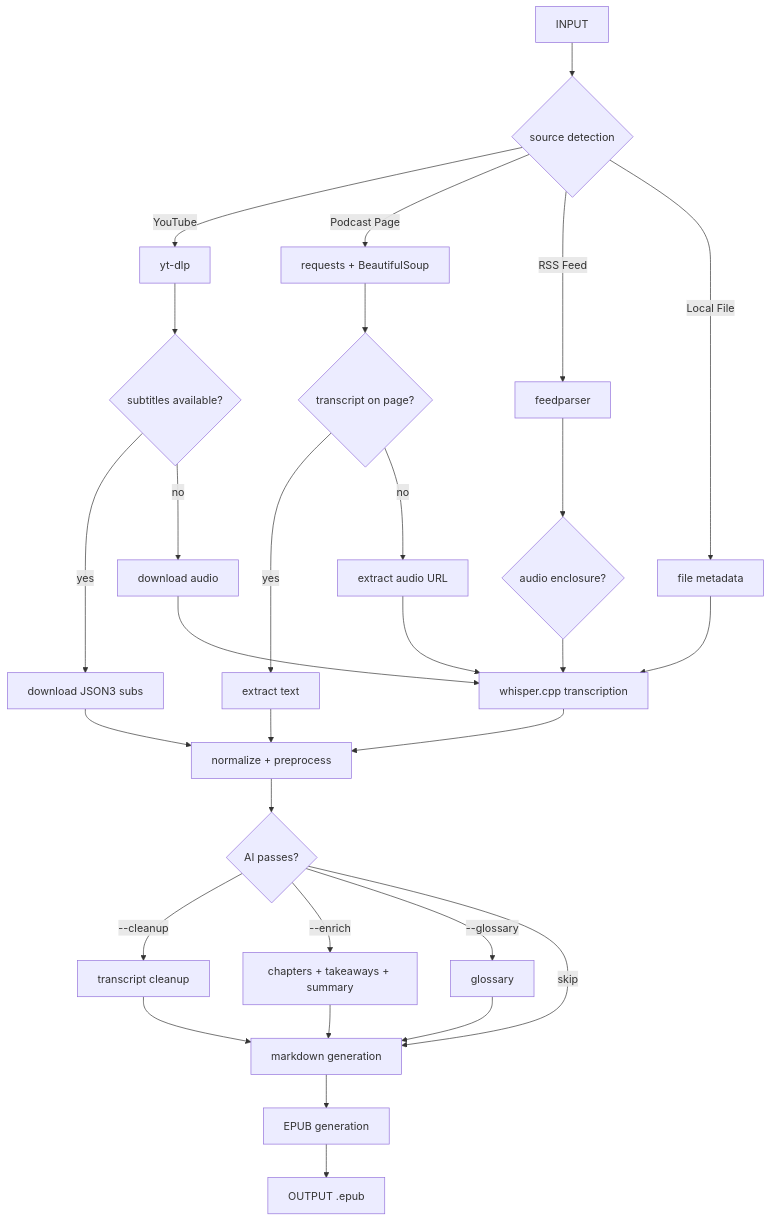
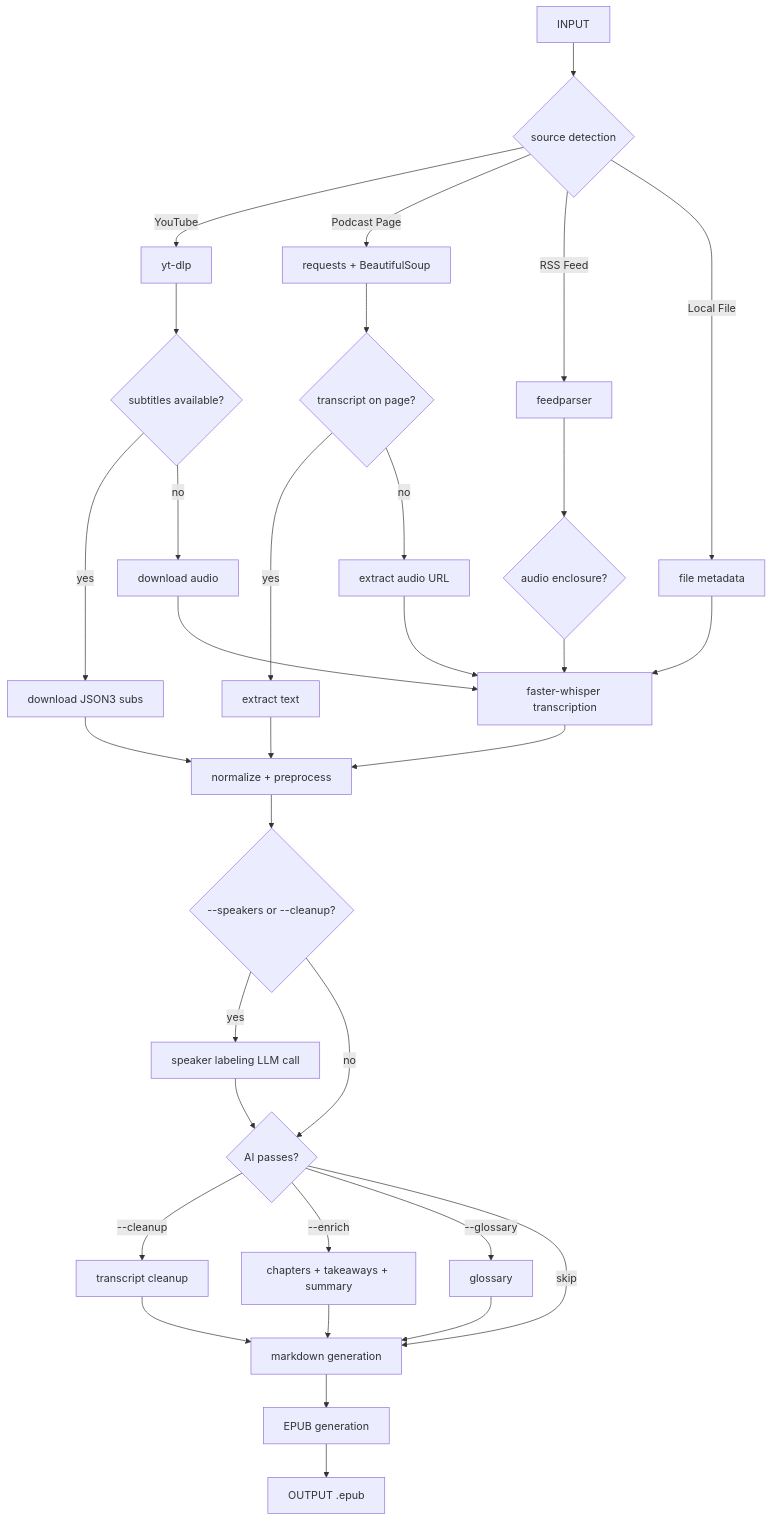
One commit to huajie06/to-text changed the diagram in README.md. Above: the diagram before and after it, drawn with Mermaid. The commit also changed other lines of this file and 8 other files, not shown here.

First line of the commit message:
Add speaker labeling, audio cache guard, and dual-output for cleanup

````diff
--- a/README.md
+++ b/README.md
@@ -13,39 +24,42 @@
 ```mermaid
 flowchart TD
     A[INPUT] --> B{source detection}
     B -->|YouTube| C[yt-dlp]
     B -->|Podcast Page| D[requests + BeautifulSoup]
     B -->|RSS Feed| E[feedparser]
     B -->|Local File| F[file metadata]
 
     C --> G{subtitles available?}
     D --> H{transcript on page?}
     E --> I{audio enclosure?}
 
     G -->|yes| J[download JSON3 subs]
     G -->|no| K[download audio]
 
     H -->|yes| L[extract text]
     H -->|no| M[extract audio URL]
 
     J --> O[normalize + preprocess]
-    K --> N[whisper.cpp transcription]
+    K --> N[faster-whisper transcription]
     M --> N
     I --> N
     F --> N
 
     N --> O
     L --> O
 
-    O --> P{AI passes?}
+    O --> SP{--speakers or --cleanup?}
+    SP -->|yes| SL[speaker labeling LLM call]
+    SP -->|no| P
+    SL --> P{AI passes?}
     P -->|--cleanup| Q[transcript cleanup]
     P -->|--enrich| R[chapters + takeaways + summary]
     P -->|--glossary| R2[glossary]
     Q --> S[markdown generation]
     R --> S
     R2 --> S
     P -->|skip| S
 
     S --> T[EPUB generation]
     T --> U[OUTPUT .epub]
 ```
````
